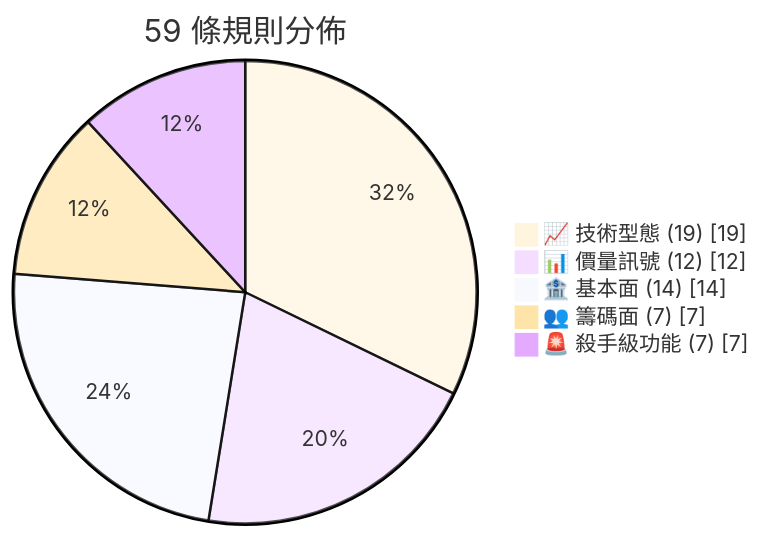
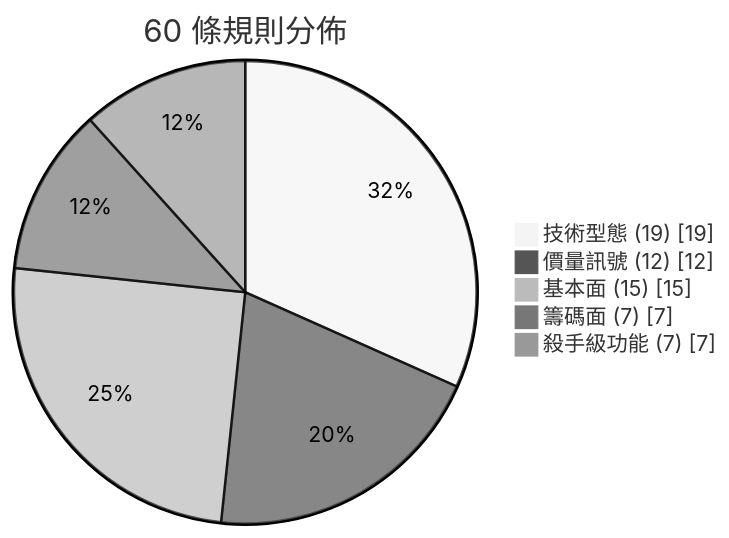
One commit to Neal75418/afterclose changed the second of 2 diagrams in README.md. Above: the diagram before and after it, drawn with Mermaid. The commit also changed other lines of this file and 1 other file, not shown here.

````diff
--- a/README.md
+++ b/README.md
@@ -181,9 +173,9 @@
 ```mermaid
-%%{init: {'theme': 'base', 'themeVariables': {'pieOuterStrokeWidth': '2px', 'fontSize': '14px'}}}%%
-pie showData title 59 條規則分佈
-    "📈 技術型態 (19)" : 19
-    "📊 價量訊號 (12)" : 12
-    "🏦 基本面 (14)" : 14
-    "👥 籌碼面 (7)" : 7
-    "🚨 殺手級功能 (7)" : 7
+%%{init: {'theme': 'neutral'}}%%
+pie showData title 60 條規則分佈
+    "技術型態 (19)" : 19
+    "價量訊號 (12)" : 12
+    "基本面 (15)" : 15
+    "籌碼面 (7)" : 7
+    "殺手級功能 (7)" : 7
 ```
````
